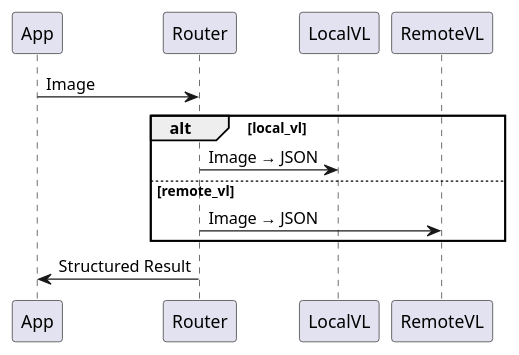
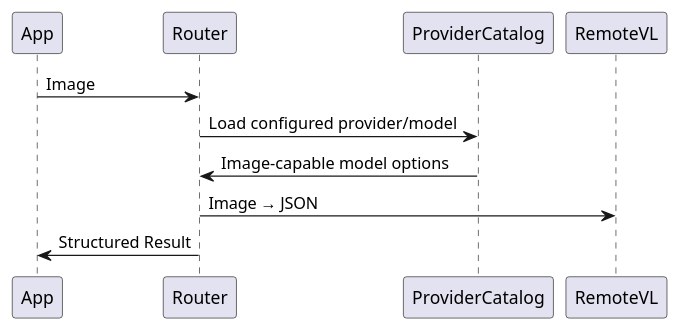
The diagram in docs/Diagrams/provider-router-logic.puml (SP-SDU/Tolksyn), drawn with PlantUML before and after one commit. The commit also changed 16 other files, not shown here.

```diff
--- a/docs/Diagrams/provider-router-logic.puml
+++ b/docs/Diagrams/provider-router-logic.puml
@@ -1,11 +1,9 @@
-@startuml Provider Router Logic
+@startuml provider-router-logic
 App -> Router : Image
 
-alt local_vl
-  Router -> LocalVL : Image → JSON
-else remote_vl
-  Router -> RemoteVL : Image → JSON
-end
+Router -> ProviderCatalog : Load configured provider/model
+ProviderCatalog -> Router : Image-capable model options
+Router -> RemoteVL : Image → JSON
 
 Router -> App : Structured Result
 @enduml
```
